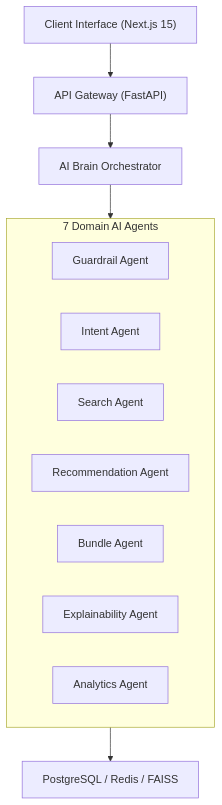
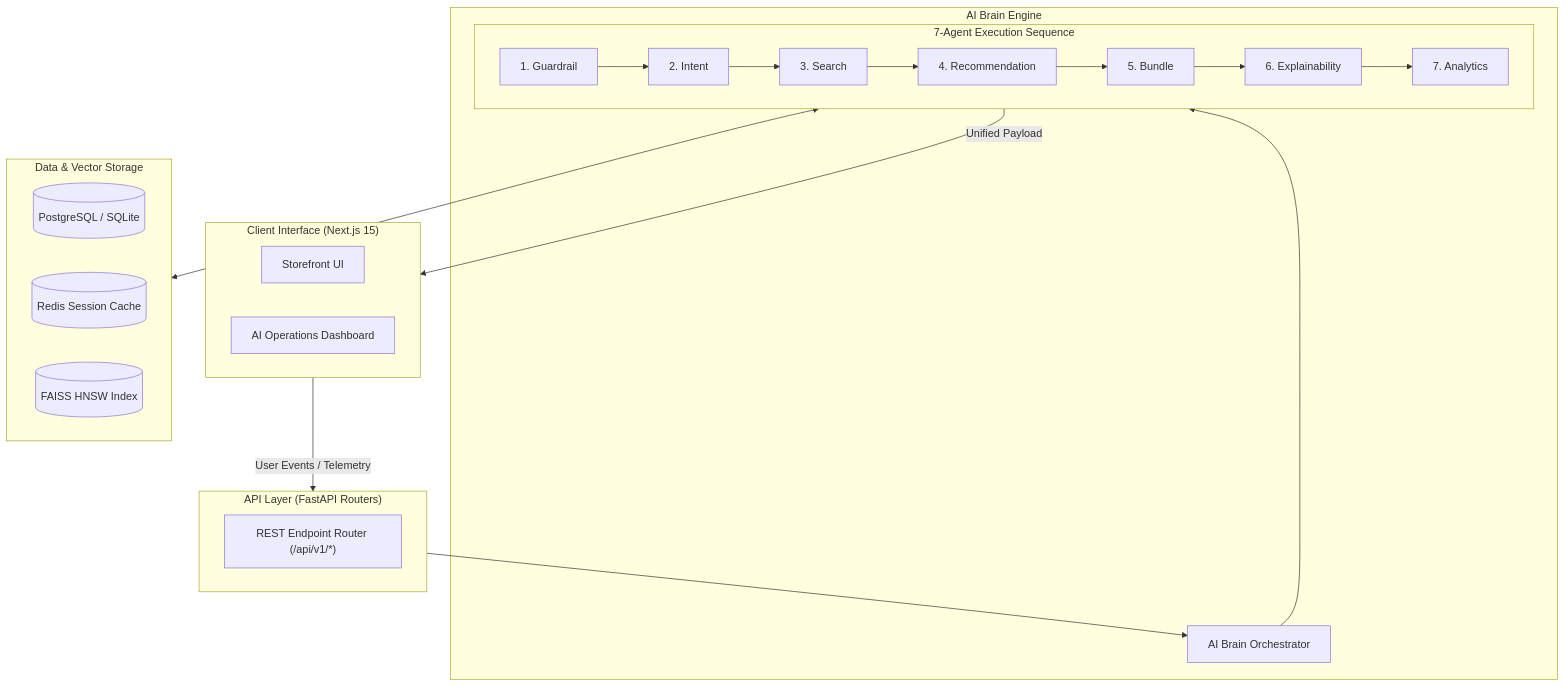
Before and after one commit to saipraveen-k/IntentIQ: the diagram in docs/system-design.md, drawn with Mermaid. The commit also changed 2 other files, not shown here.

Commit message:
docs: Enhance clarity of system architecture and multi-tier diagrams

````diff
--- a/docs/system-design.md
+++ b/docs/system-design.md
@@ -7,18 +7,36 @@
 ```mermaid
-flowchart TD
-    Client["Client Interface (Next.js 15)"] --> Gateway["API Gateway (FastAPI)"]
-    Gateway --> Orchestrator["AI Brain Orchestrator"]
-
-    subgraph Agents ["7 Domain AI Agents"]
-        AgentGuard["Guardrail Agent"]
-        AgentIntent["Intent Agent"]
-        AgentSearch["Search Agent"]
-        AgentRecs["Recommendation Agent"]
-        AgentBundle["Bundle Agent"]
-        AgentXAI["Explainability Agent"]
-        AgentAnalytics["Analytics Agent"]
+flowchart TB
+    subgraph Client ["Client Interface (Next.js 15)"]
+        UI["Storefront UI"]
+        Dashboard["AI Operations Dashboard"]
     end
 
+    subgraph Gateway ["API Layer (FastAPI Routers)"]
+        Router["REST Endpoint Router (/api/v1/*)"]
+    end
+
+    subgraph Engine ["AI Brain Engine"]
+        Orchestrator["AI Brain Orchestrator"]
+        
+        subgraph Agents ["7-Agent Execution Sequence"]
+            A1["1. Guardrail"] --> A2["2. Intent"]
+            A2 --> A3["3. Search"]
+            A3 --> A4["4. Recommendation"]
+            A4 --> A5["5. Bundle"]
+            A5 --> A6["6. Explainability"]
+            A6 --> A7["7. Analytics"]
+        end
+    end
+
+    subgraph Data ["Data & Vector Storage"]
+        DB[("PostgreSQL / SQLite")]
+        Cache[("Redis Session Cache")]
+        VectorStore[("FAISS HNSW Index")]
+    end
+
+    Client -- "User Events / Telemetry" --> Gateway
+    Gateway --> Orchestrator
     Orchestrator --> Agents
-    Agents --> Persistence["PostgreSQL / Redis / FAISS"]
+    Agents <--> Data
+    Agents -- "Unified Payload" --> Client
 ```
````
